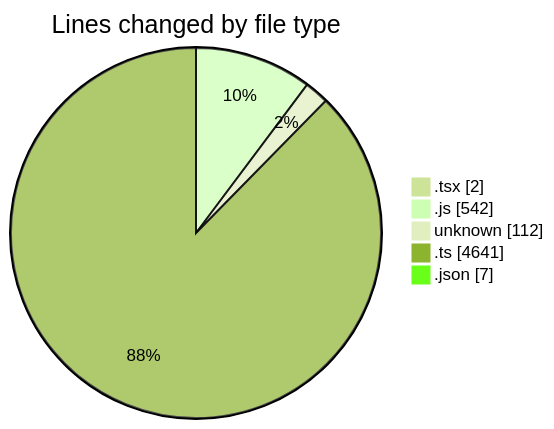
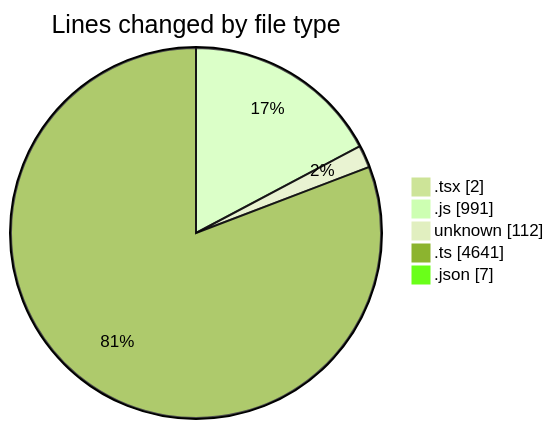
One commit to momahboobian/code-tracking changed the first of 2 diagrams in 2026-05-06/cda/README.md. Above: the diagram before and after it, drawn with Mermaid (forest theme). The commit also changed other lines of this file and 1 other file, not shown here.

````diff
--- a/2026-05-06/cda/README.md
+++ b/2026-05-06/cda/README.md
@@ -29,9 +30,9 @@
 ```mermaid
 pie showData
 title Lines changed by file type
 ".tsx" : 2
-".js" : 542
+".js" : 991
 "unknown" : 112
 ".ts" : 4641
 ".json" : 7
 ```
````
